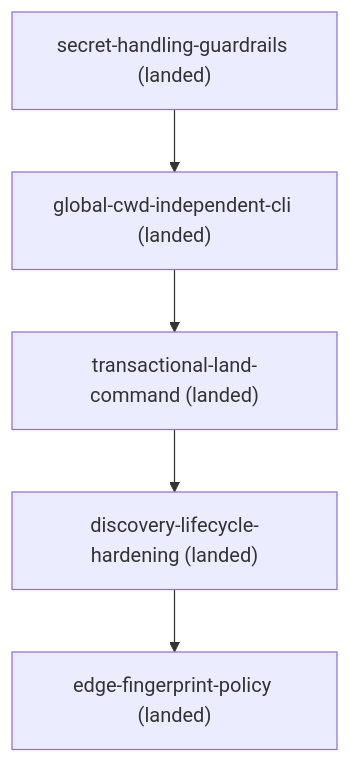
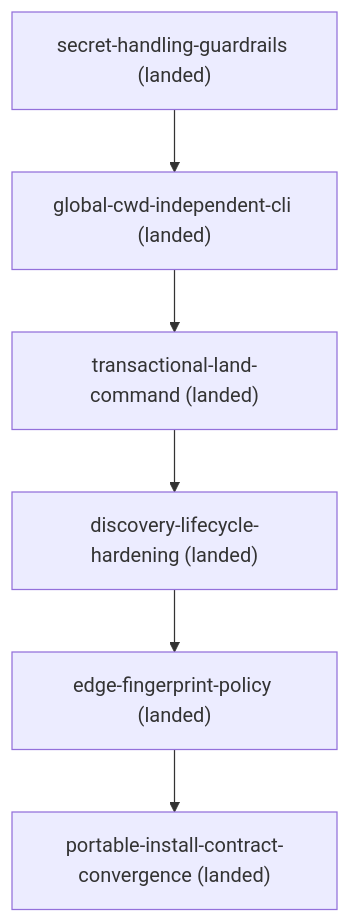
Before and after one commit to kli66/doc-contract: the diagram in docs/roadmap.md, drawn with Mermaid. The commit also changed other lines of this file and 6 other files, not shown here.

Commit message:
docs: converge portable install contract

````diff
--- a/docs/roadmap.md
+++ b/docs/roadmap.md
@@ -23,12 +26,14 @@
 ```mermaid
 flowchart TD
     discovery_lifecycle_hardening["discovery-lifecycle-hardening (landed)"]
     edge_fingerprint_policy["edge-fingerprint-policy (landed)"]
     global_cwd_independent_cli["global-cwd-independent-cli (landed)"]
+    portable_install_contract_convergence["portable-install-contract-convergence (landed)"]
     secret_handling_guardrails["secret-handling-guardrails (landed)"]
     transactional_land_command["transactional-land-command (landed)"]
     discovery_lifecycle_hardening --> edge_fingerprint_policy
+    edge_fingerprint_policy --> portable_install_contract_convergence
     global_cwd_independent_cli --> transactional_land_command
     secret_handling_guardrails --> global_cwd_independent_cli
     transactional_land_command --> discovery_lifecycle_hardening
 ```
````
